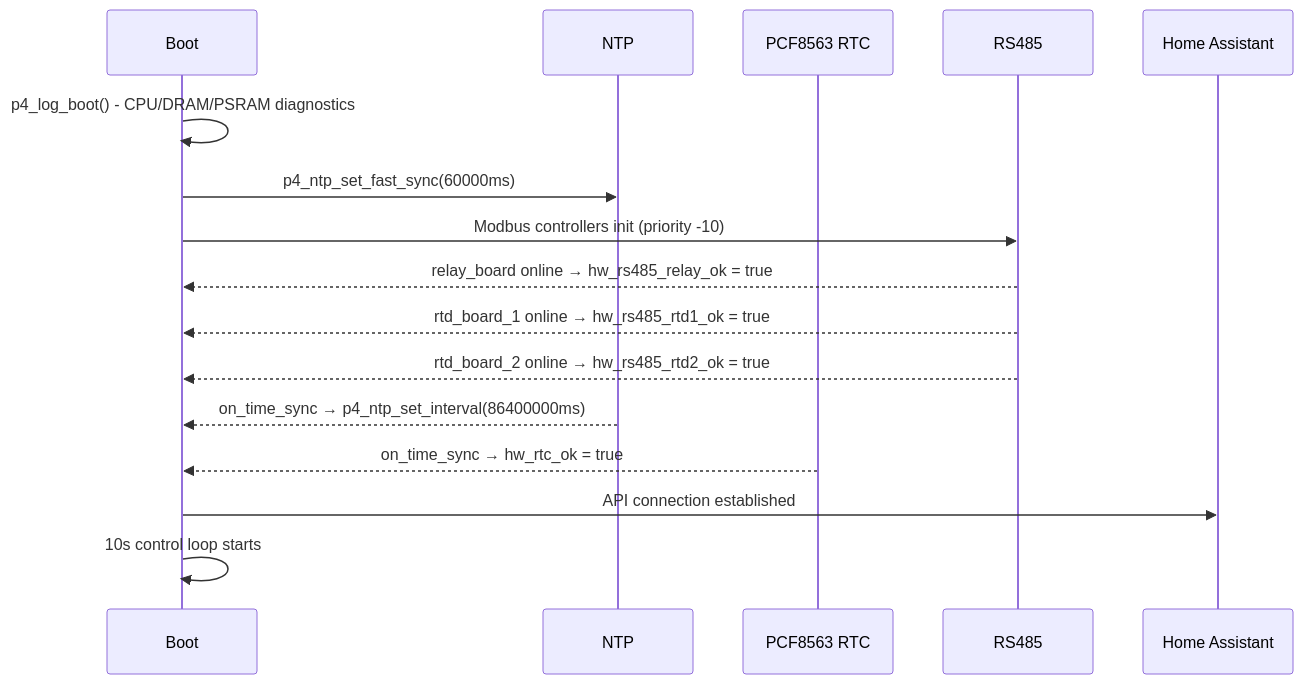
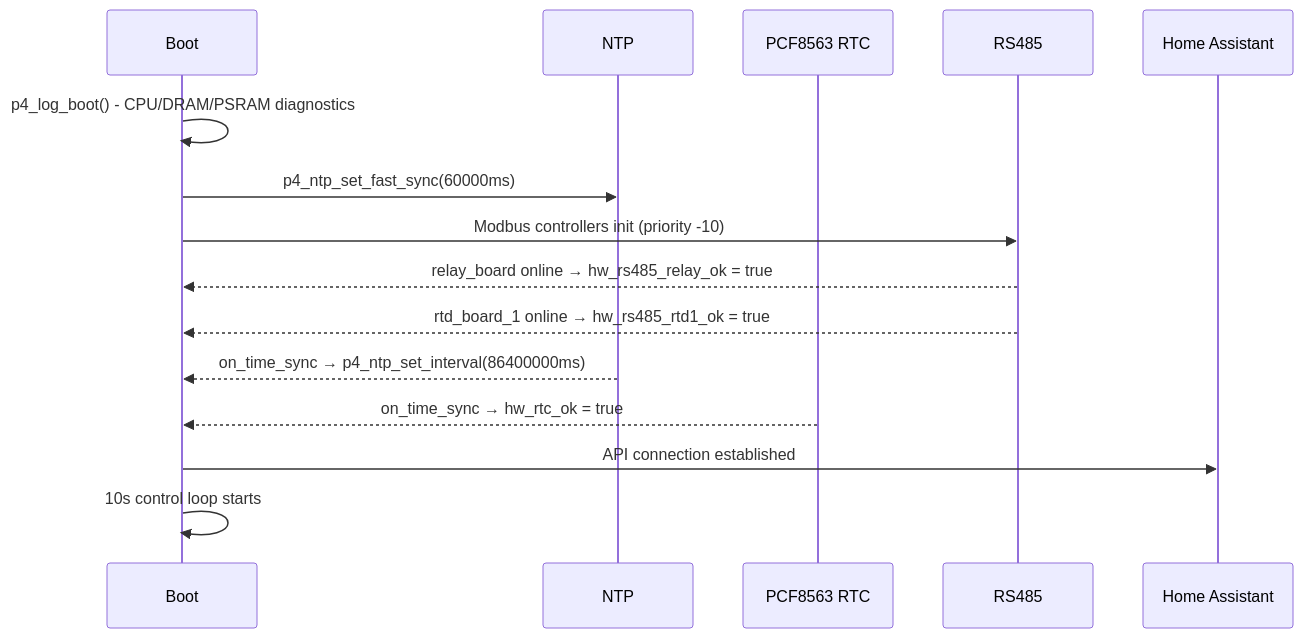
Before and after one commit to ausloki/ESP32-P4-Coolrooom: the second of 3 diagrams in reference/program_control_logic_flowchart.md, drawn with Mermaid. The commit also changed other lines of this file and 13 other files, not shown here.

````diff
--- a/reference/program_control_logic_flowchart.md
+++ b/reference/program_control_logic_flowchart.md
@@ -55,19 +55,18 @@
 ```mermaid
 sequenceDiagram
     participant Boot
     participant NTP
     participant RTC as PCF8563 RTC
     participant RS485
     participant HA as Home Assistant
 
     Boot->>Boot: p4_log_boot() - CPU/DRAM/PSRAM diagnostics
     Boot->>NTP: p4_ntp_set_fast_sync(60000ms)
     Boot->>RS485: Modbus controllers init (priority -10)
     RS485-->>Boot: relay_board online → hw_rs485_relay_ok = true
     RS485-->>Boot: rtd_board_1 online → hw_rs485_rtd1_ok = true
-    RS485-->>Boot: rtd_board_2 online → hw_rs485_rtd2_ok = true
     NTP-->>Boot: on_time_sync → p4_ntp_set_interval(86400000ms)
     RTC-->>Boot: on_time_sync → hw_rtc_ok = true
     Boot->>HA: API connection established
     Boot->>Boot: 10s control loop starts
 ```
````
